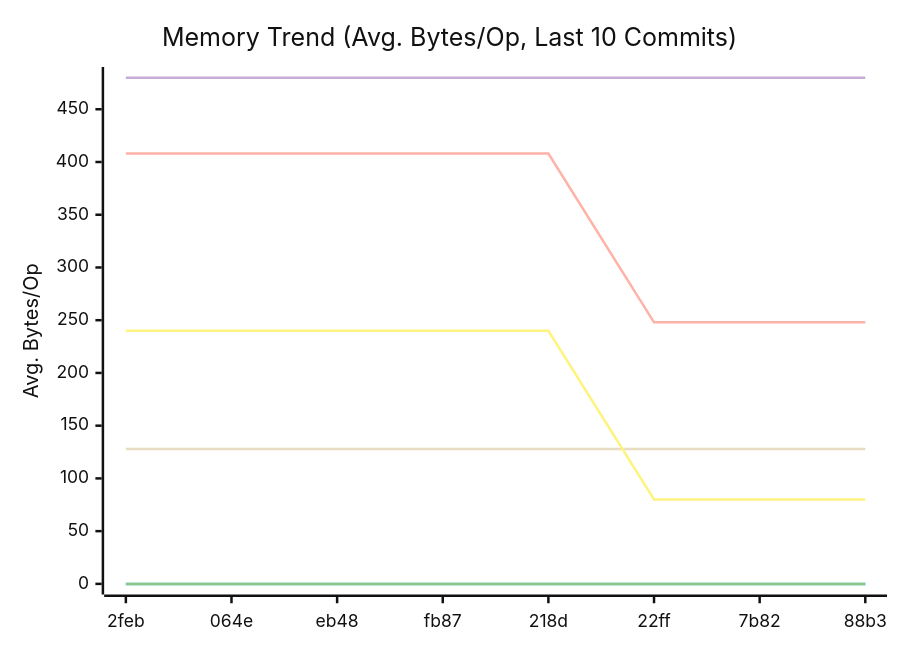
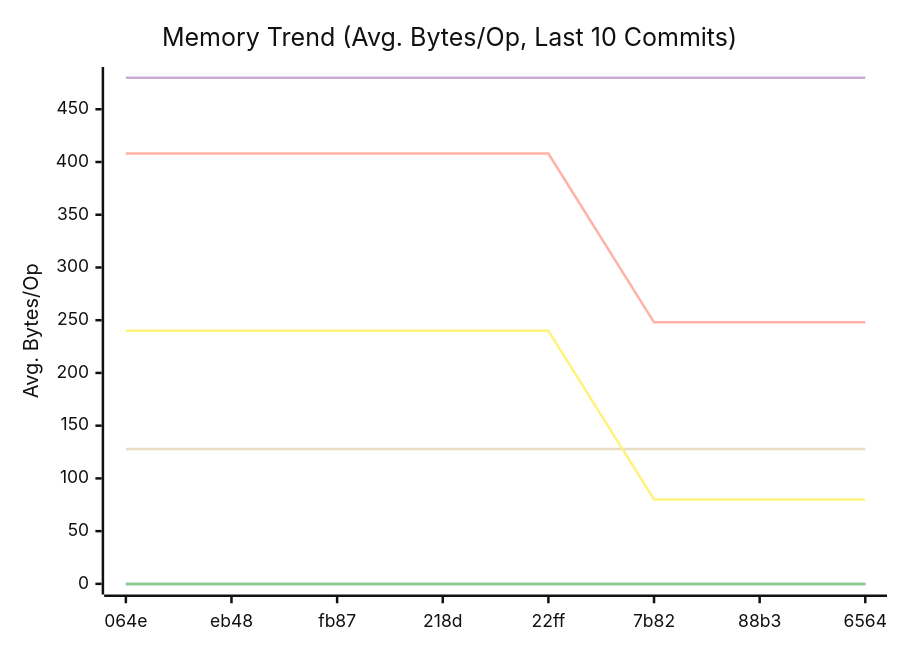
The second of 3 diagrams in doc/README.md (alsotoes/momo), drawn with Mermaid (neutral theme) before and after one commit. The commit also changed other lines of this file and 1 other file, not shown here.

````diff
--- a/doc/README.md
+++ b/doc/README.md
@@ -311,14 +311,14 @@
 ```mermaid
 xychart-beta
     title "Memory Trend (Avg. Bytes/Op, Last 10 Commits)"
     x-axis "Commit"
     y-axis "Avg. Bytes/Op"
-    x-axis [2feb,064e,eb48,fb87,218d,22ff,7b82,88b3]
+    x-axis [064e,eb48,fb87,218d,22ff,7b82,88b3,6564]
     line "CheckMetricsAndSwap" [0,0,0,0,0,0,0,0,0,0]
     line "IndexDirectTracking" [0,0,0,0,0,0,0,0,0,0]
     line "IndexSearch" [0,0,0,0,0,0,0,0,0,0]
-    line "LoadGlobalConfig" [480,480,480,480,480,480,480,480,480]
+    line "LoadGlobalConfig" [480,480,480,480,480,480,480,480,480,480]
     line "PadString" [128,128,128,128,128,128,128,128,128,128]
     line "ParseReplicationOrder_NoPrealloc" [408,408,408,408,408,248,248,248,248,248]
     line "ParseReplicationOrder_Prealloc" [240,240,240,240,240,80,80,80,80,80]
 ```
````
